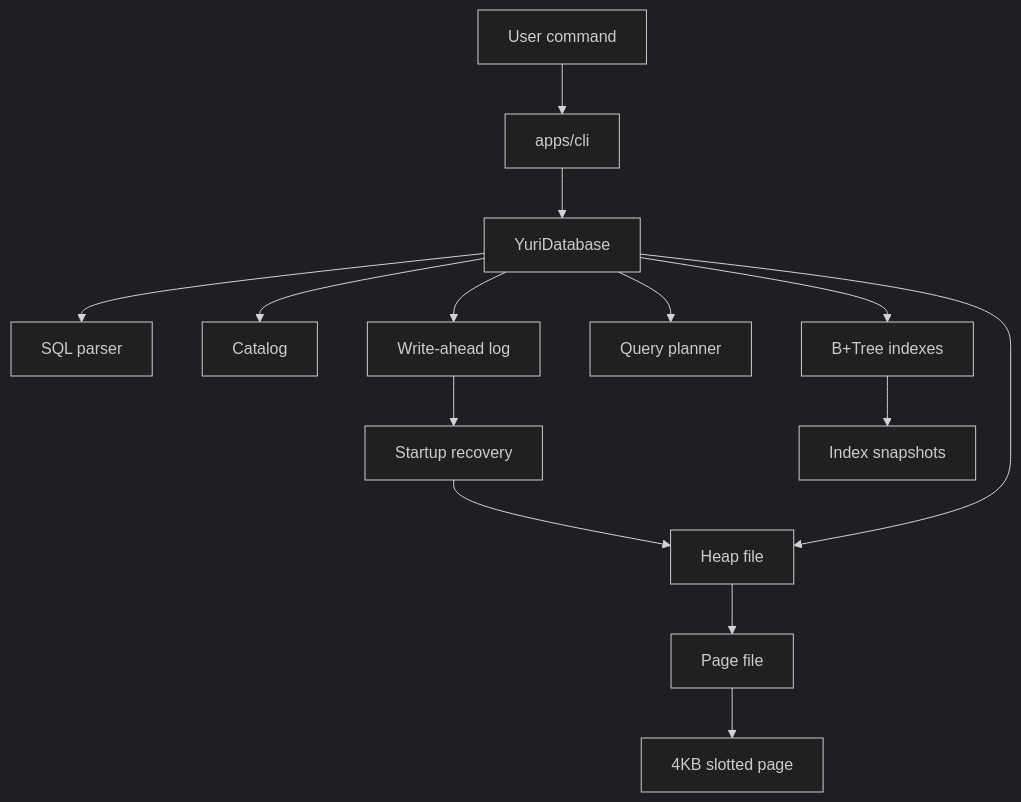
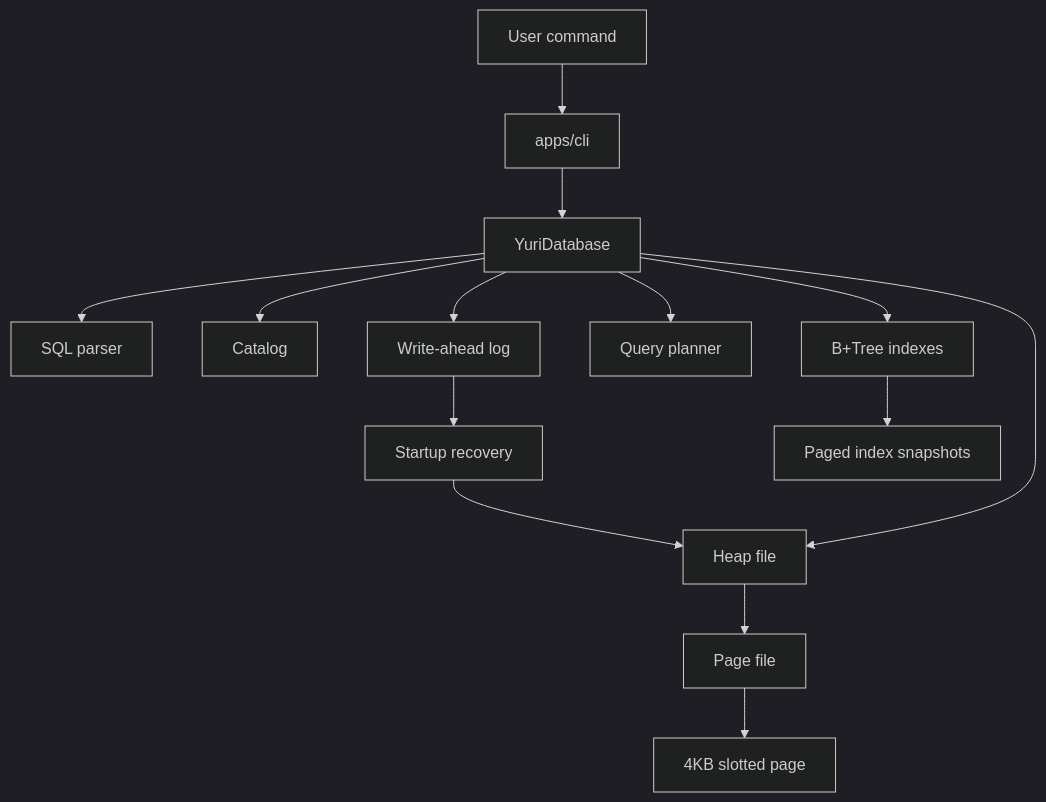
The diagram in docs/ARCHITECTURE.md (yuribarbosacouto/yuri-db-lab), drawn with Mermaid (dark theme) before and after one commit. The commit also changed other lines of this file and 18 other files, not shown here.

Commit message:
Add page-backed index snapshots

````diff
--- a/docs/ARCHITECTURE.md
+++ b/docs/ARCHITECTURE.md
@@ -7,16 +7,16 @@
 ```mermaid
 flowchart TD
   User["User command"] --> CLI["apps/cli"]
   CLI --> Database["YuriDatabase"]
   Database --> Parser["SQL parser"]
   Database --> Catalog["Catalog"]
   Database --> Wal["Write-ahead log"]
   Wal --> Recovery["Startup recovery"]
   Recovery --> Heap
   Database --> Planner["Query planner"]
   Database --> Heap["Heap file"]
   Heap --> PageFile["Page file"]
   PageFile --> SlottedPage["4KB slotted page"]
   Database --> BTree["B+Tree indexes"]
-  BTree --> Snapshot["Index snapshots"]
+  BTree --> IndexPages["Paged index snapshots"]
 ```
````
